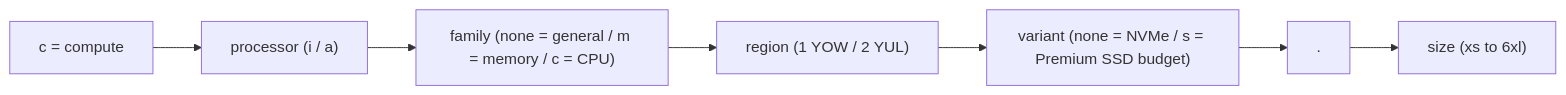
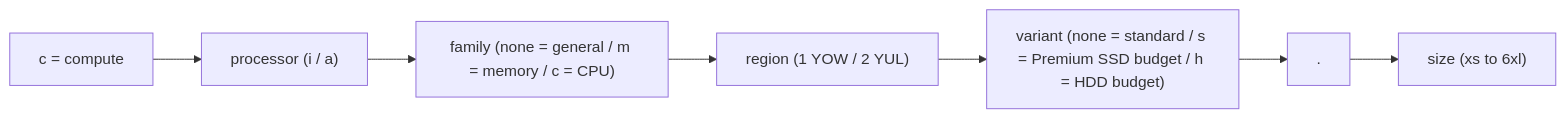
One commit to zsoftly/zcp-docs changed the second of 2 diagrams in src/content/docs/public-cloud/compute/plan-names.md. Above: the diagram before and after it, drawn with Mermaid. The commit also changed other lines of this file and 2 other files, not shown here.

````diff
--- a/src/content/docs/public-cloud/compute/plan-names.md
+++ b/src/content/docs/public-cloud/compute/plan-names.md
@@ -27,9 +27,9 @@
 ```mermaid
 graph LR
   C["c = compute"] --> P["processor (i / a)"]
   P --> F["family (none = general / m = memory / c = CPU)"]
   F --> R["region (1 YOW / 2 YUL)"]
-  R --> V["variant (none = NVMe / s = Premium SSD budget)"]
+  R --> V["variant (none = standard / s = Premium SSD budget / h = HDD budget)"]
   V --> D["."]
   D --> Z["size (xs to 6xl)"]
 ```
````
